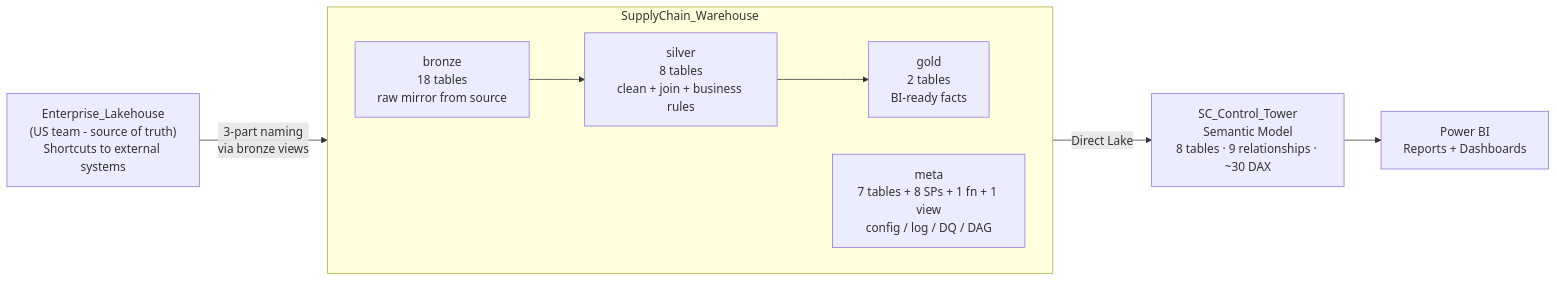
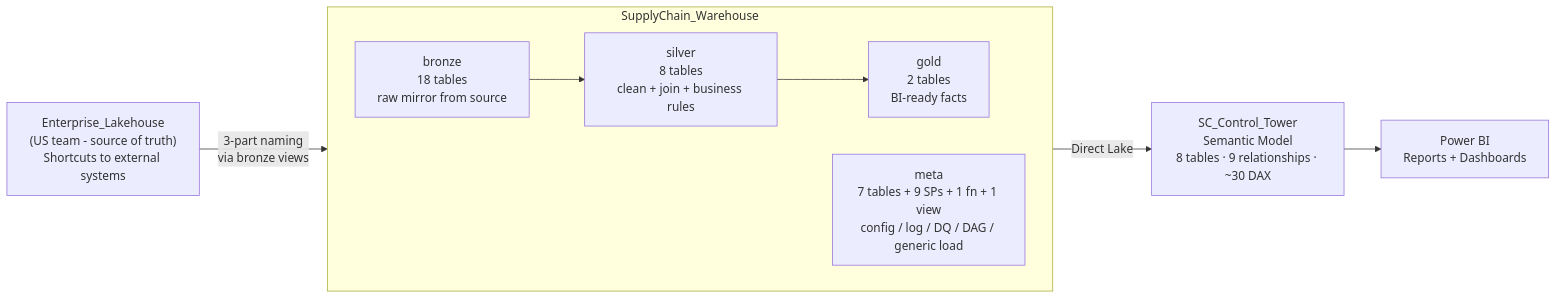
One commit to ankinguyen-engineer-2002/Fabric-v9-Warehouse-Medallion changed the first of 11 diagrams in Fabric_Architect/v9_architecture_supplychain.md. Above: the diagram before and after it, drawn with Mermaid. The commit also changed other lines of this file and 7 other files, not shown here.

First line of the commit message:
Generic SP migration: 28 per-table SPs → 1 meta.usp_generic_load

````diff
--- a/Fabric_Architect/v9_architecture_supplychain.md
+++ b/Fabric_Architect/v9_architecture_supplychain.md
@@ -12,17 +12,17 @@
 ```mermaid
 flowchart LR
     EL["Enterprise_Lakehouse\n(US team - source of truth)\nShortcuts to external systems"]
 
     subgraph WH["SupplyChain_Warehouse"]
         direction LR
         B["bronze\n18 tables\nraw mirror from source"]
         S["silver\n8 tables\nclean + join + business rules"]
         G["gold\n2 tables\nBI-ready facts"]
-        M["meta\n7 tables + 8 SPs + 1 fn + 1 view\nconfig / log / DQ / DAG"]
+        M["meta\n7 tables + 9 SPs + 1 fn + 1 view\nconfig / log / DQ / DAG / generic load"]
         B --> S --> G
     end
 
     EL -->|"3-part naming\nvia bronze views"| B
     G -->|"Direct Lake"| SM["SC_Control_Tower\nSemantic Model\n8 tables · 9 relationships · ~30 DAX"]
     SM --> PBI["Power BI\nReports + Dashboards"]
 ```
````
